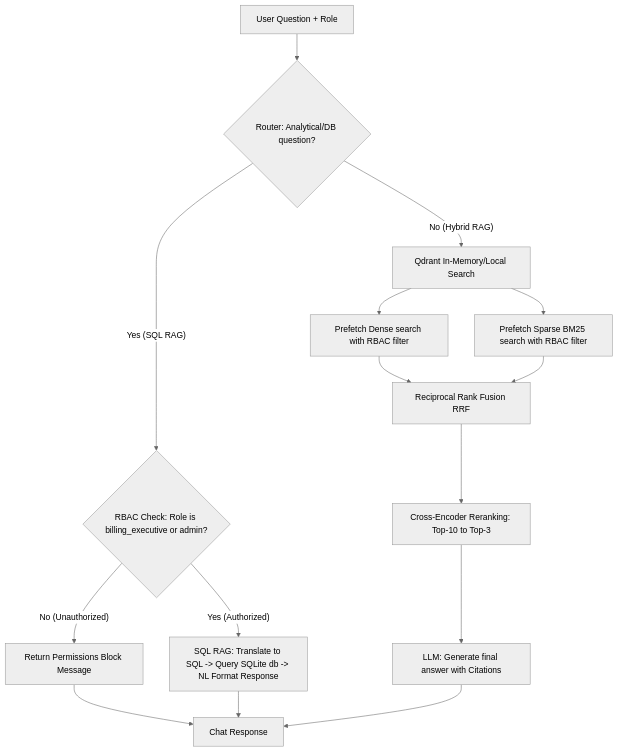
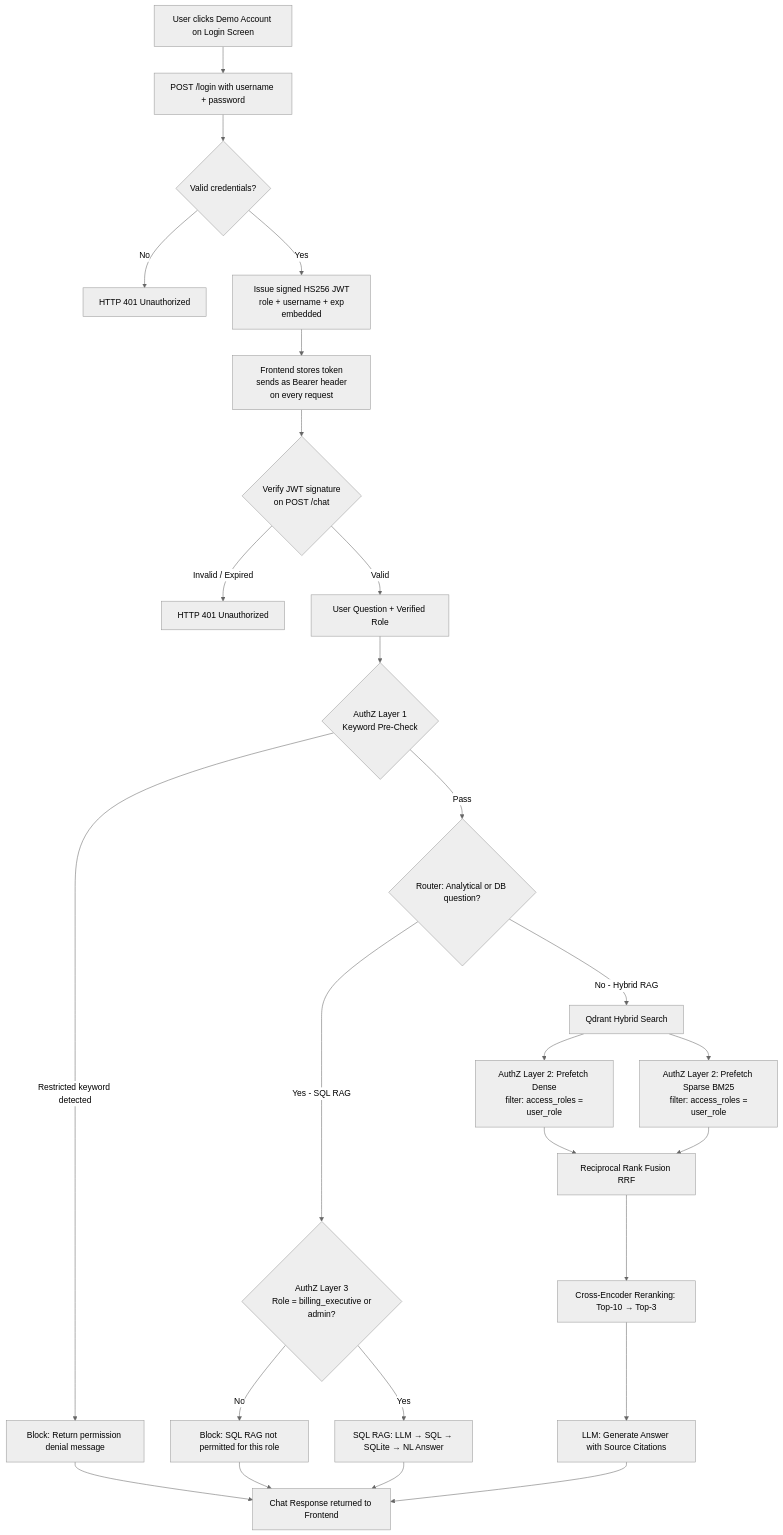
The diagram in README.md (sunnydubey1111/medibot), drawn with Mermaid (neutral theme) before and after one commit.

Commit message:
docs: expand architecture diagram to include AuthN JWT flow and AuthZ layers

````diff
--- a/README.md
+++ b/README.md
@@ -11,17 +11,32 @@
 ```mermaid
 graph TD
-    A[User Question + Role] --> B{Router: Analytical/DB question?}
-    
-    B -- "Yes (SQL RAG)" --> C{RBAC Check: Role is billing_executive or admin?}
-    C -- "No (Unauthorized)" --> D[Return Permissions Block Message]
-    C -- "Yes (Authorized)" --> E[SQL RAG: Translate to SQL -> Query SQLite db -> NL Format Response]
-    
-    B -- "No (Hybrid RAG)" --> F[Qdrant In-Memory/Local Search]
-    F --> G[Prefetch Dense search with RBAC filter]
-    F --> H[Prefetch Sparse BM25 search with RBAC filter]
-    G & H --> I[Reciprocal Rank Fusion RRF]
-    I --> J[Cross-Encoder Reranking: Top-10 to Top-3]
-    J --> K[LLM: Generate final answer with Citations]
-    
-    E & K & D --> L[Chat Response]
+    A[User clicks Demo Account on Login Screen] --> B[POST /login with username + password]
+    B --> C{Valid credentials?}
+    C -- "No" --> D[HTTP 401 Unauthorized]
+    C -- "Yes" --> E[Issue signed HS256 JWT\n role + username + exp embedded]
+
+    E --> F[Frontend stores token\n sends as Bearer header on every request]
+    F --> G{Verify JWT signature\n on POST /chat}
+    G -- "Invalid / Expired" --> H[HTTP 401 Unauthorized]
+    G -- "Valid" --> I
+
+    I[User Question + Verified Role] --> J
+
+    J{AuthZ Layer 1\n Keyword Pre-Check}
+    J -- "Restricted keyword detected" --> K[Block: Return permission denial message]
+    J -- "Pass" --> L
+
+    L{Router: Analytical or DB question?}
+    L -- "Yes - SQL RAG" --> M{AuthZ Layer 3\n Role = billing_executive or admin?}
+    M -- "No" --> N[Block: SQL RAG not permitted for this role]
+    M -- "Yes" --> O[SQL RAG: LLM → SQL → SQLite → NL Answer]
+
+    L -- "No - Hybrid RAG" --> P[Qdrant Hybrid Search]
+    P --> Q[AuthZ Layer 2: Prefetch Dense\n filter: access_roles = user_role]
+    P --> R[AuthZ Layer 2: Prefetch Sparse BM25\n filter: access_roles = user_role]
+    Q & R --> S[Reciprocal Rank Fusion RRF]
+    S --> T[Cross-Encoder Reranking: Top-10 → Top-3]
+    T --> U[LLM: Generate Answer with Source Citations]
+
+    O & U & K & N --> V[Chat Response returned to Frontend]
 ```
````
